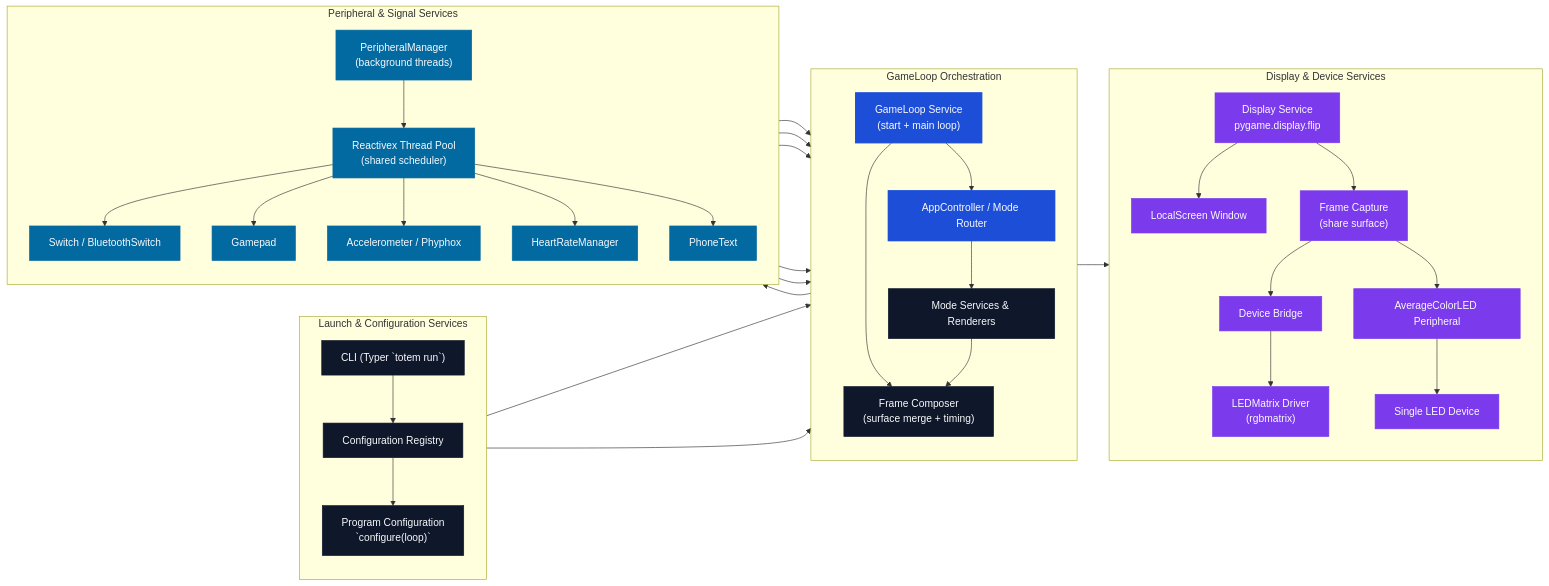
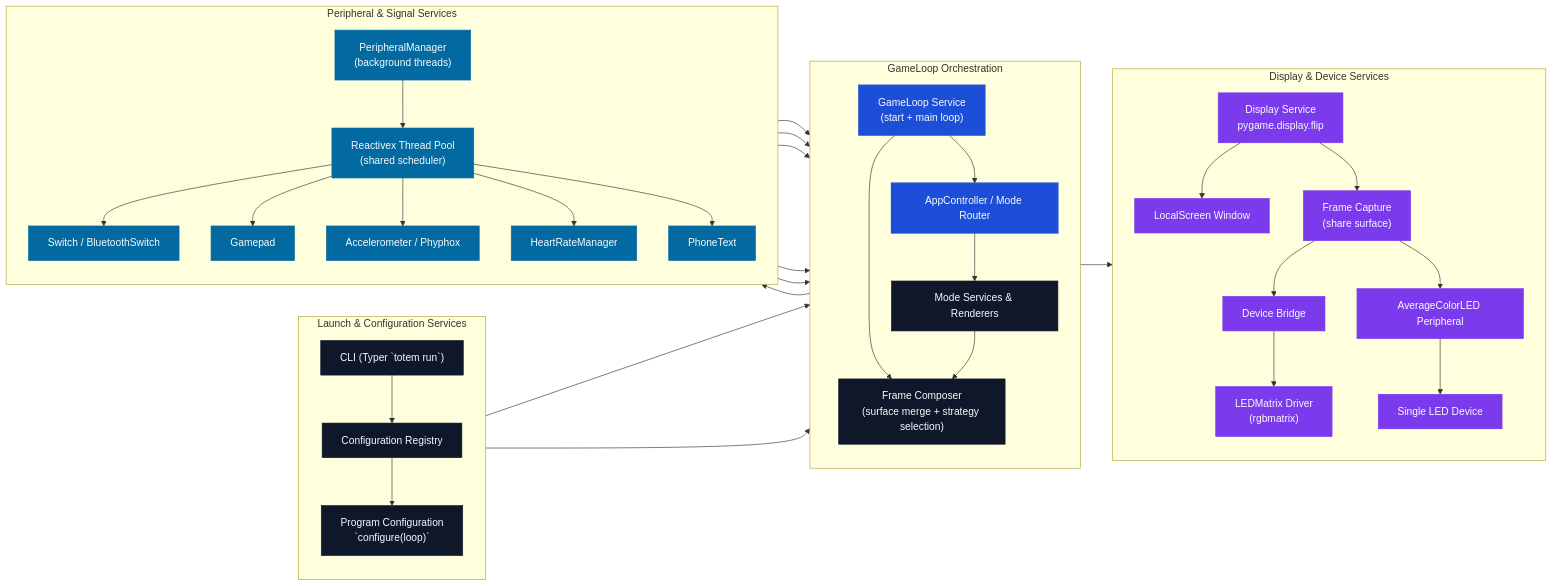
Before and after one commit to Organization5762/heart: the diagram in docs/code_flow.md, drawn with Mermaid. The commit also changed other lines of this file and 7 other files, not shown here.

Commit message:
Add batched renderer merge strategy

````diff
--- a/docs/code_flow.md
+++ b/docs/code_flow.md
@@ -19,66 +19,66 @@
 ```mermaid
 flowchart LR
     %% Visual classes for different service categories
     classDef orchestrator fill:#1d4ed8,stroke:#1d4ed8,color:#f8fafc,stroke-width:2px;
     classDef service fill:#0f172a,stroke:#0f172a,color:#f8fafc;
     classDef input fill:#0369a1,stroke:#0369a1,color:#f8fafc;
     classDef output fill:#7c3aed,stroke:#7c3aed,color:#f8fafc;
 
     subgraph Launch["Launch & Configuration Services"]
         direction TB
         CLI["CLI (Typer `totem run`)"]
         Registry["Configuration Registry"]
         Configurer["Program Configuration\n`configure(loop)`"]
     end
 
     subgraph Runtime["GameLoop Orchestration"]
         direction TB
         Loop["GameLoop Service\n(start + main loop)"]
         AppRouter["AppController / Mode Router"]
         ModeServices["Mode Services & Renderers"]
-        FrameComposer["Frame Composer\n(surface merge + timing)"]
+        FrameComposer["Frame Composer\n(surface merge + strategy selection)"]
     end
 
     subgraph Inputs["Peripheral & Signal Services"]
         direction TB
         PeripheralMgr["PeripheralManager\n(background threads)"]
         RxScheduler["Reactivex Thread Pool\n(shared scheduler)"]
         Switch["Switch / BluetoothSwitch"]
         Gamepad["Gamepad"]
         Sensors["Accelerometer / Phyphox"]
         HeartRate["HeartRateManager"]
         PhoneText["PhoneText"]
     end
 
     subgraph Outputs["Display & Device Services"]
         direction TB
         DisplaySvc["Display Service\npygame.display.flip"]
         LocalScreen["LocalScreen Window"]
         Capture["Frame Capture\n(share surface)"]
         DeviceBridge["Device Bridge"]
         LedMatrix["LEDMatrix Driver\n(rgbmatrix)"]
         AverageMirror["AverageColorLED Peripheral"]
         SingleLED["Single LED Device"]
     end
 
     CLI --> Registry --> Configurer --> Loop
     Configurer --> AppRouter
     Loop --> AppRouter
     Loop --> FrameComposer
     AppRouter --> ModeServices --> FrameComposer --> DisplaySvc
     DisplaySvc --> LocalScreen
     DisplaySvc --> Capture --> DeviceBridge --> LedMatrix
     Capture --> AverageMirror --> SingleLED
 
     Loop --> PeripheralMgr --> RxScheduler
     RxScheduler --> Switch --> AppRouter
     RxScheduler --> Gamepad --> AppRouter
     RxScheduler --> Sensors --> AppRouter
     RxScheduler --> HeartRate --> AppRouter
     RxScheduler --> PhoneText --> AppRouter
 
     class CLI,Registry,Configurer,ModeServices,FrameComposer service;
     class Loop,AppRouter orchestrator;
     class PeripheralMgr,RxScheduler,Switch,Gamepad,Sensors,HeartRate,PhoneText input;
     class DisplaySvc,LocalScreen,Capture,DeviceBridge,LedMatrix,AverageMirror,SingleLED output;
 ```
````
